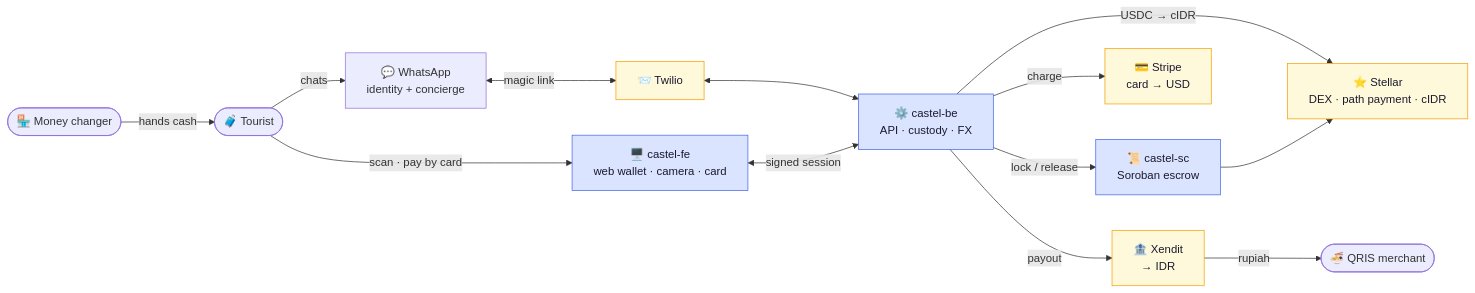
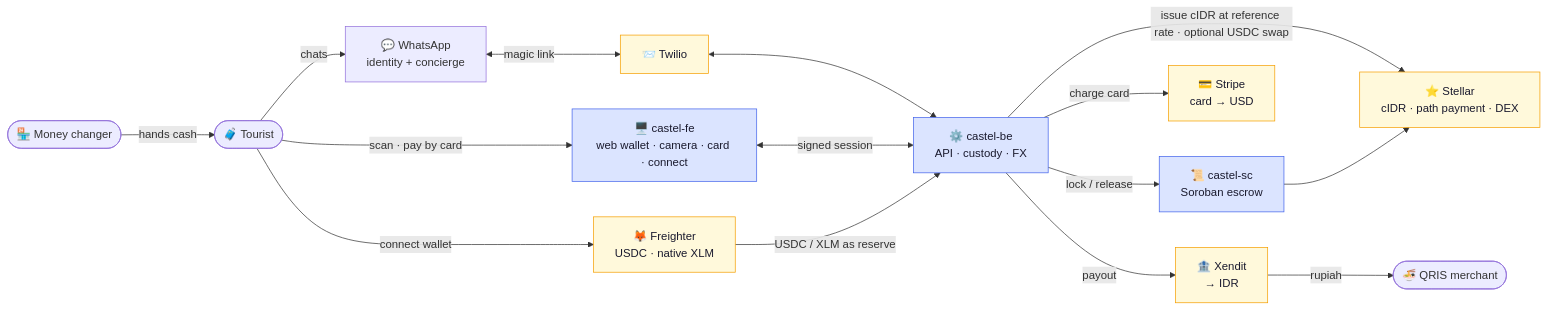
The first of 2 diagrams in ARCHITECTURE.md (CastelPay/castel-be), drawn with Mermaid before and after one commit. The commit also changed other lines of this file and 2 other files, not shown here.

First line of the commit message:
docs: sync README/ARCHITECTURE/E2E with current architecture

````diff
--- a/ARCHITECTURE.md
+++ b/ARCHITECTURE.md
@@ -14,33 +14,36 @@
 ```mermaid
 flowchart LR
     Tourist(["🧳 Tourist"])
     Merchant(["🍜 QRIS merchant"])
     Agent(["🏪 Money changer"])
 
     WA["💬 WhatsApp<br/>identity + concierge"]
-    FE["🖥️ castel-fe<br/>web wallet · camera · card"]
+    FE["🖥️ castel-fe<br/>web wallet · camera · card · connect"]
     BE["⚙️ castel-be<br/>API · custody · FX"]
     SC["📜 castel-sc<br/>Soroban escrow"]
 
     Twilio["📨 Twilio"]
     Stripe["💳 Stripe<br/>card → USD"]
+    Wallet["🦊 Freighter<br/>USDC · native XLM"]
     Xendit["🏦 Xendit<br/>→ IDR"]
-    Stellar["⭐ Stellar<br/>DEX · path payment · cIDR"]
+    Stellar["⭐ Stellar<br/>cIDR · path payment · DEX"]
 
     Tourist -->|chats| WA
     WA <-->|magic link| Twilio
     Twilio <--> BE
     Tourist -->|scan · pay by card| FE
+    Tourist -->|connect wallet| Wallet
     FE <-->|signed session| BE
 
-    BE -->|charge| Stripe
-    BE -->|USDC → cIDR| Stellar
+    BE -->|charge card| Stripe
+    Wallet -->|USDC / XLM as reserve| BE
+    BE -->|issue cIDR at reference rate · optional USDC swap| Stellar
     BE -->|lock / release| SC --> Stellar
     BE -->|payout| Xendit -->|rupiah| Merchant
     Agent -->|hands cash| Tourist
 
     classDef castel fill:#dbe4ff,stroke:#4263eb,color:#1a1a2e;
     classDef ext fill:#fff9db,stroke:#f59f00,color:#1a1a2e;
     class FE,BE,SC castel;
-    class Twilio,Stripe,Xendit,Stellar ext;
+    class Twilio,Stripe,Wallet,Xendit,Stellar ext;
 ```
````
